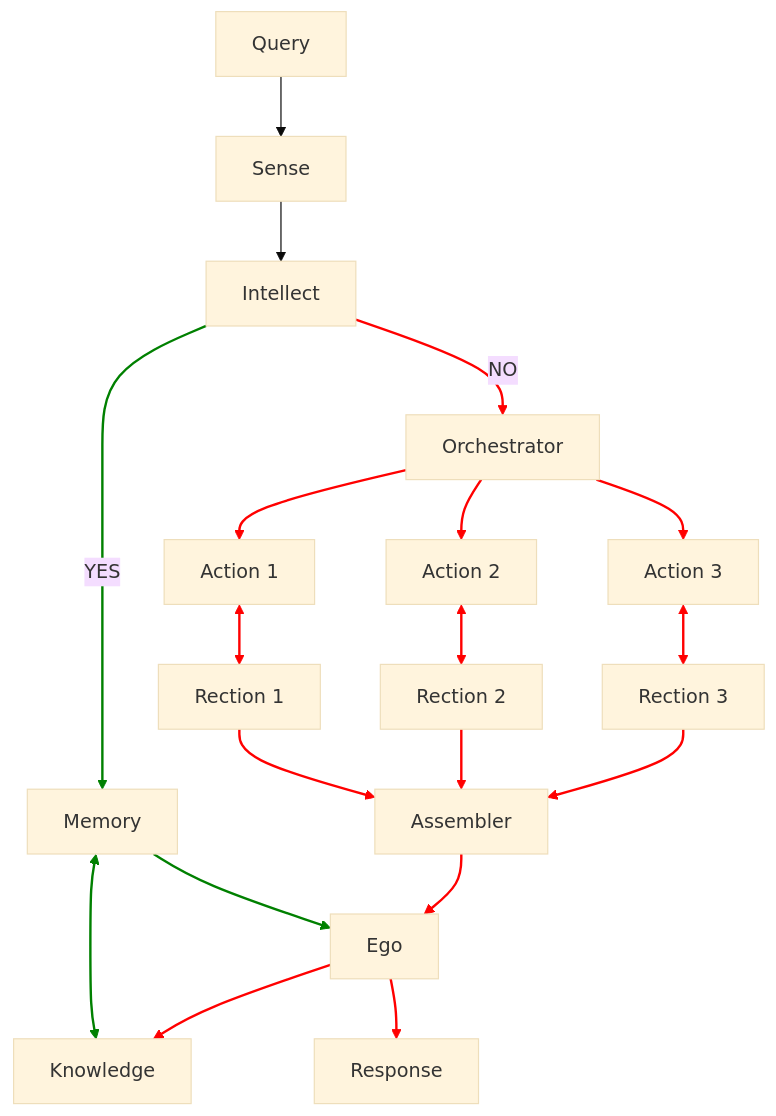
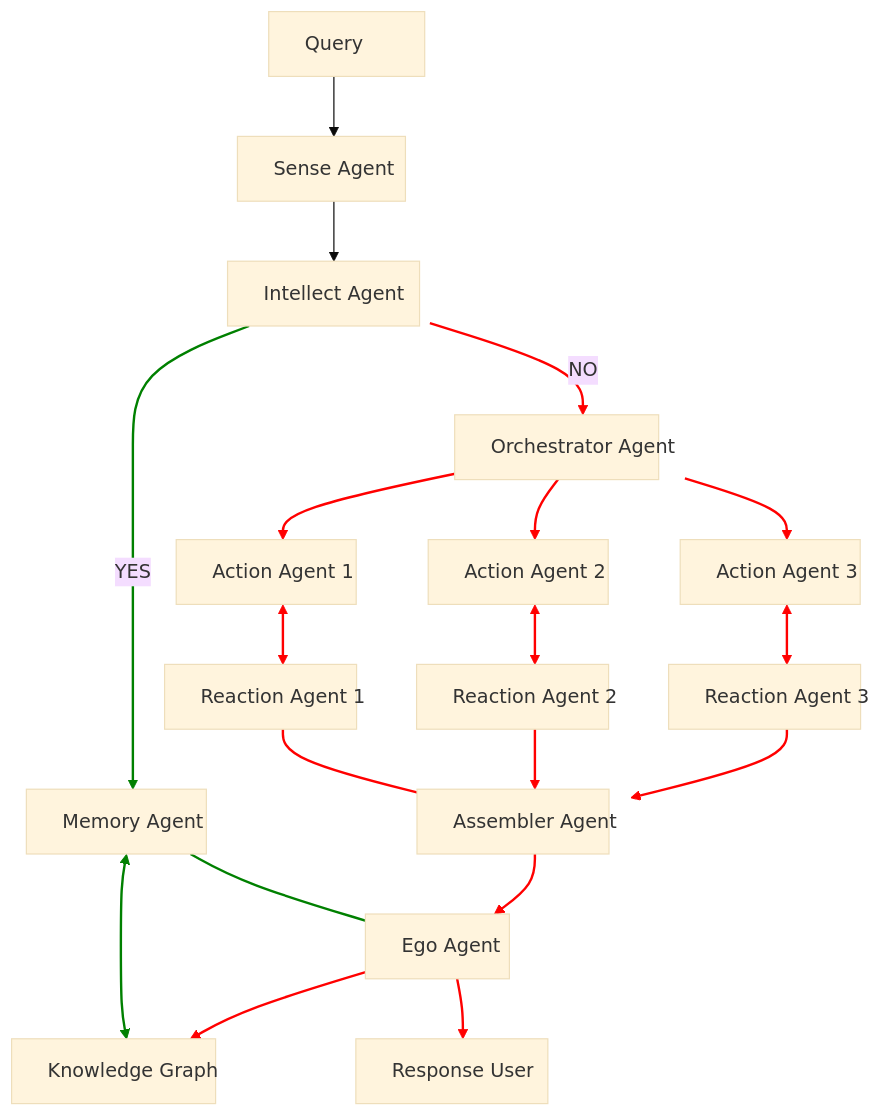
The diagram in README.md (Mindverse-Computing/algoverse), drawn with Mermaid (base theme) before and after one commit.

````diff
--- a/README.md
+++ b/README.md
@@ -78,41 +78,58 @@
 ```mermaid
 graph TD
-  A[Query] --> S[Sense  ]
-  S --> I[Intellect  ]
-  I -- YES --> M[Memory  ]
-  M <--> G[Knowledge]
-  M --> E[Ego  ]
-  I -- NO --> O[Orchestrator  ]
-  O --> A1[Action 1  ]
-  O --> A2[Action 2  ]
-  O --> A3[Action 3  ]
-  A1 <--> R1[Rection 1  ]
-  A2 <--> R2[Rection 2  ]
-  A3 <--> R3[Rection 3  ]
-  R1 --> AA[Assembler  ]
-  R2 --> AA[Assembler  ]
-  R3 --> AA[Assembler  ]
-  AA --> E[Ego  ]
-  E --> G[Knowledge  ]
-  E --> U[Response  ]
+  A[Query] --> S[Sense Agent]
+  S --> I[Intellect Agent]
+  I -- YES --> M[Memory Agent]
+  M <--> G[Knowledge Graph]
+  M --> E[Ego Agent]
+  I -- NO --> O[Orchestrator Agent]
+  O --> A1[Action Agent 1]
+  O --> A2[Action Agent 2]
+  O --> A3[Action Agent 3]
+  A1 <--> R1[Reaction Agent 1]
+  A2 <--> R2[Reaction Agent 2]
+  A3 <--> R3[Reaction Agent 3]
+  R1 --> AA[Assembler Agent]
+  R2 --> AA
+  R3 --> AA
+  AA --> E
+  E --> G
+  E --> U[Response User]
 
   %% Styling green paths (YES path)
   linkStyle 2 stroke:green,stroke-width:2px      
   linkStyle 3 stroke:green,stroke-width:2px      
   linkStyle 4 stroke:green,stroke-width:2px      
 
   %% Styling red paths (NO path)
   linkStyle 5 stroke:red,stroke-width:2px       
   linkStyle 6 stroke:red,stroke-width:2px        
   linkStyle 7 stroke:red,stroke-width:2px        
   linkStyle 8 stroke:red,stroke-width:2px        
   linkStyle 9 stroke:red,stroke-width:2px        
   linkStyle 10 stroke:red,stroke-width:2px       
   linkStyle 11 stroke:red,stroke-width:2px       
   linkStyle 12 stroke:red,stroke-width:2px       
   linkStyle 13 stroke:red,stroke-width:2px       
   linkStyle 14 stroke:red,stroke-width:2px       
   linkStyle 15 stroke:red,stroke-width:2px       
   linkStyle 16 stroke:red,stroke-width:2px       
-  linkStyle 17 stroke:red,stroke-width:2px           
+  linkStyle 17 stroke:red,stroke-width:2px       
+
+  %% Force wider node sizes to prevent text cut-off
+  style A width:130px
+  style S width:140px
+  style I width:160px
+  style M width:150px
+  style G width:170px
+  style E width:120px
+  style O width:170px
+  style A1 width:150px
+  style A2 width:150px
+  style A3 width:150px
+  style R1 width:160px
+  style R2 width:160px
+  style R3 width:160px
+  style AA width:160px
+  style U width:160px          
 ```
````
